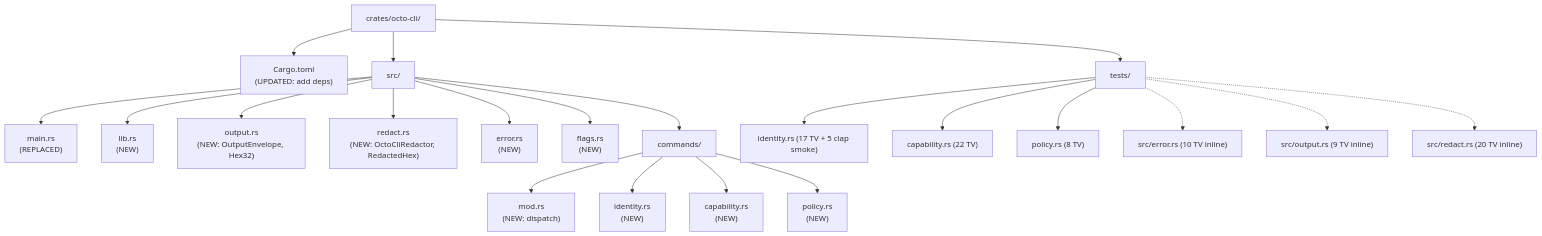
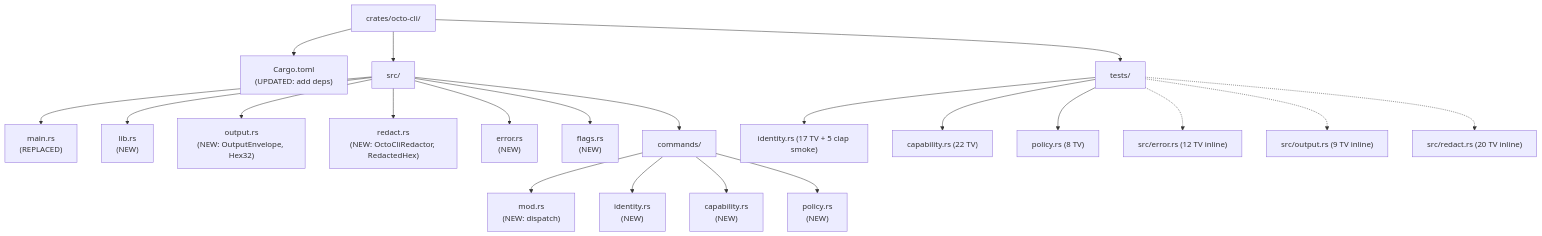
The diagram in docs/07-developers/octo-cli-implementation-guide.md (CipherOcto/cipherocto), drawn with Mermaid before and after one commit. The commit also changed other lines of this file and 2 other files, not shown here.

````diff
--- a/docs/07-developers/octo-cli-implementation-guide.md
+++ b/docs/07-developers/octo-cli-implementation-guide.md
@@ -34,28 +34,28 @@
 ```mermaid
 graph TD
     crate["crates/octo-cli/"]
     crate --> cargo["Cargo.toml<br/>(UPDATED: add deps)"]
     crate --> src[src/]
     crate --> tests[tests/]
 
     src --> main["main.rs<br/>(REPLACED)"]
     src --> lib["lib.rs<br/>(NEW)"]
     src --> output["output.rs<br/>(NEW: OutputEnvelope, Hex32)"]
     src --> redact["redact.rs<br/>(NEW: OctoCliRedactor, RedactedHex)"]
     src --> error["error.rs<br/>(NEW)"]
     src --> flags["flags.rs<br/>(NEW)"]
     src --> commands[commands/]
 
     commands --> cmod["mod.rs<br/>(NEW: dispatch)"]
     commands --> identity["identity.rs<br/>(NEW)"]
     commands --> capability["capability.rs<br/>(NEW)"]
     commands --> policy["policy.rs<br/>(NEW)"]
 
     tests --> t_id["identity.rs (17 TV + 5 clap smoke)"]
     tests --> t_cap["capability.rs (22 TV)"]
     tests --> t_pol["policy.rs (8 TV)"]
     %% inline #[cfg(test)] modules in src/:
-    tests -.-> t_err["src/error.rs (10 TV inline)"]
+    tests -.-> t_err["src/error.rs (12 TV inline)"]
     tests -.-> t_env["src/output.rs (9 TV inline)"]
     tests -.-> t_red["src/redact.rs (20 TV inline)"]
 ```
````
